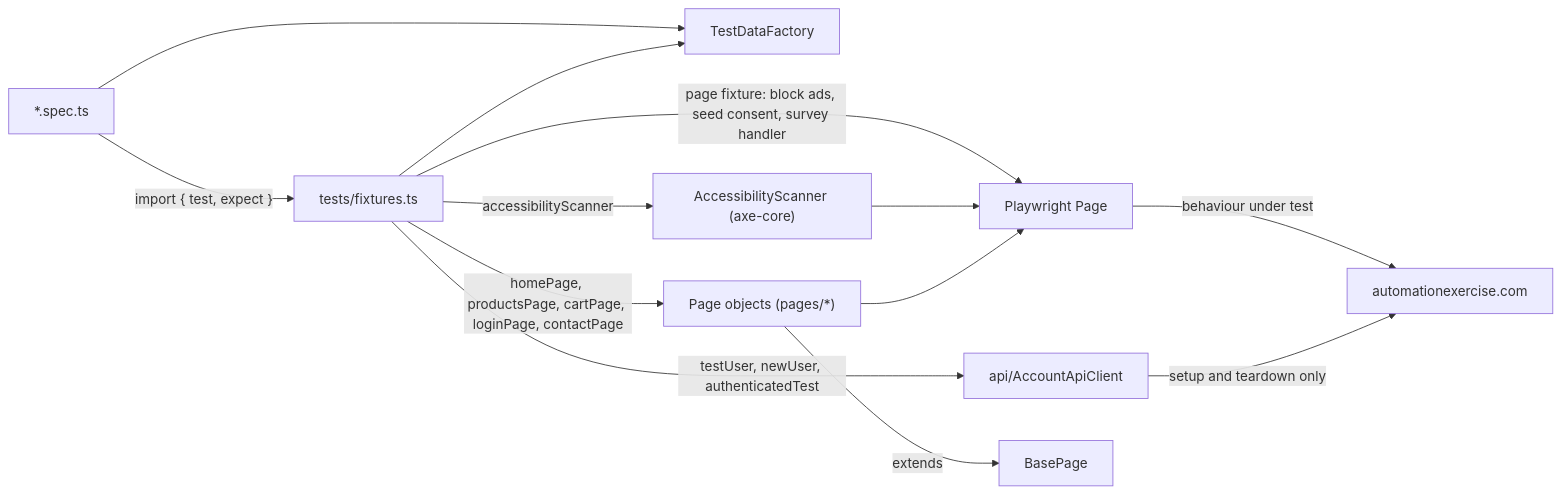
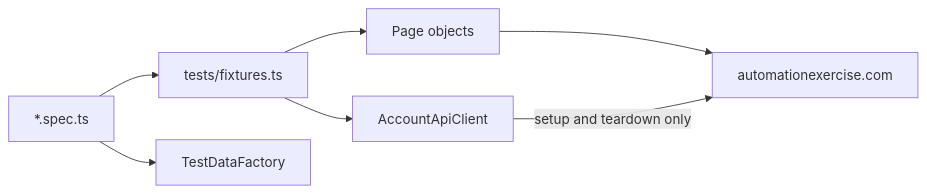
One commit to PimySoft/ecommerce-playwright changed the diagram in README.md. Above: the diagram before and after it, drawn with Mermaid. The commit also changed other lines of this file and 28 other files, not shown here.

````diff
--- a/README.md
+++ b/README.md
@@ -71,15 +44,9 @@
 ```mermaid
 flowchart LR
-  Spec["*.spec.ts"] -->|"import { test, expect }"| Fixtures["tests/fixtures.ts"]
+  Spec["*.spec.ts"] --> Fixtures["tests/fixtures.ts"]
   Spec --> Data["TestDataFactory"]
-  Fixtures -->|"page fixture: block ads, seed consent, survey handler"| Page["Playwright Page"]
-  Fixtures -->|"homePage, productsPage, cartPage, loginPage, contactPage"| POM["Page objects (pages/*)"]
-  Fixtures -->|"testUser, newUser, authenticatedTest"| Api["api/AccountApiClient"]
-  Fixtures -->|"accessibilityScanner"| A11y["AccessibilityScanner (axe-core)"]
-  A11y --> Page
-  Fixtures --> Data
-  POM -->|extends| Base["BasePage"]
-  POM --> Page
-  Page -->|"behaviour under test"| Site["automationexercise.com"]
+  Fixtures --> POM["Page objects"]
+  Fixtures --> Api["AccountApiClient"]
+  POM --> Site["automationexercise.com"]
   Api -->|"setup and teardown only"| Site
 ```
````
